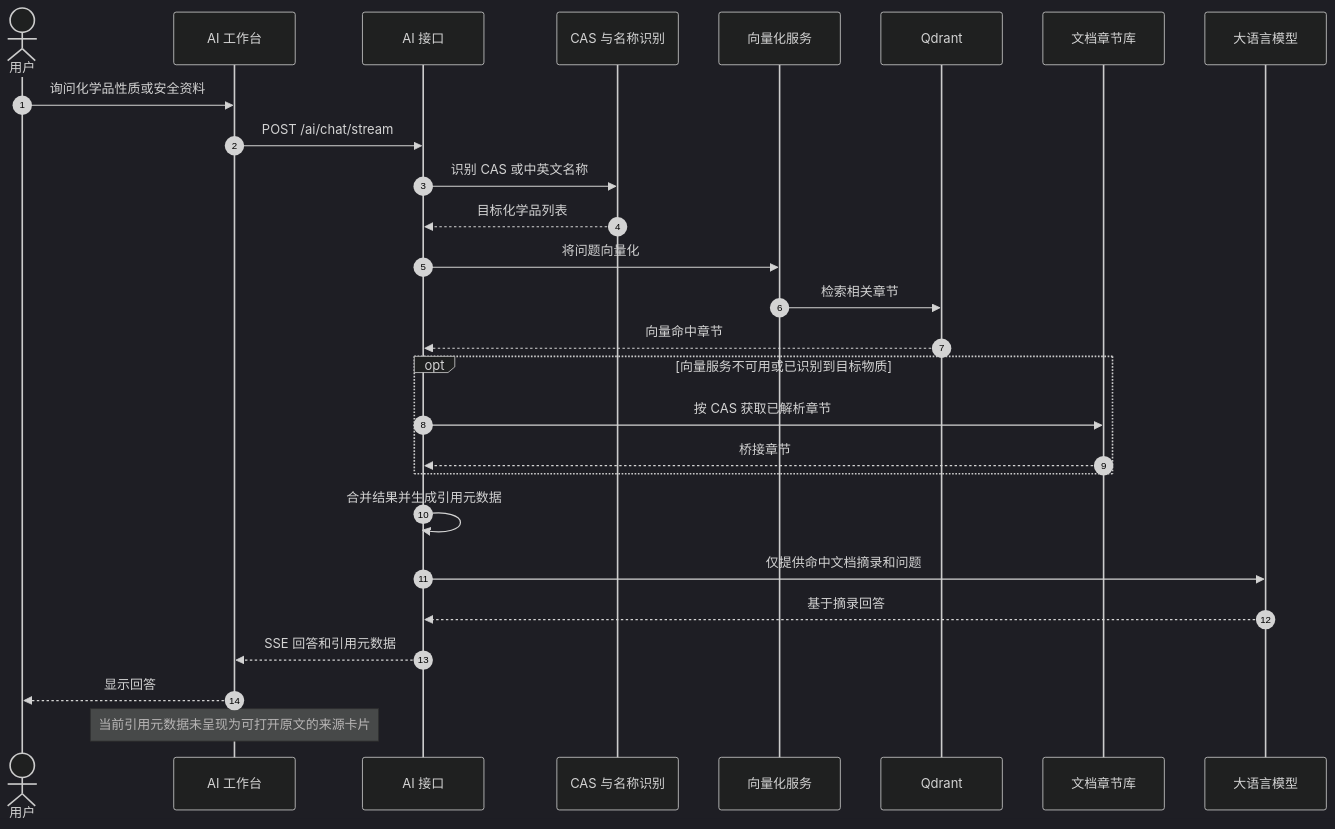
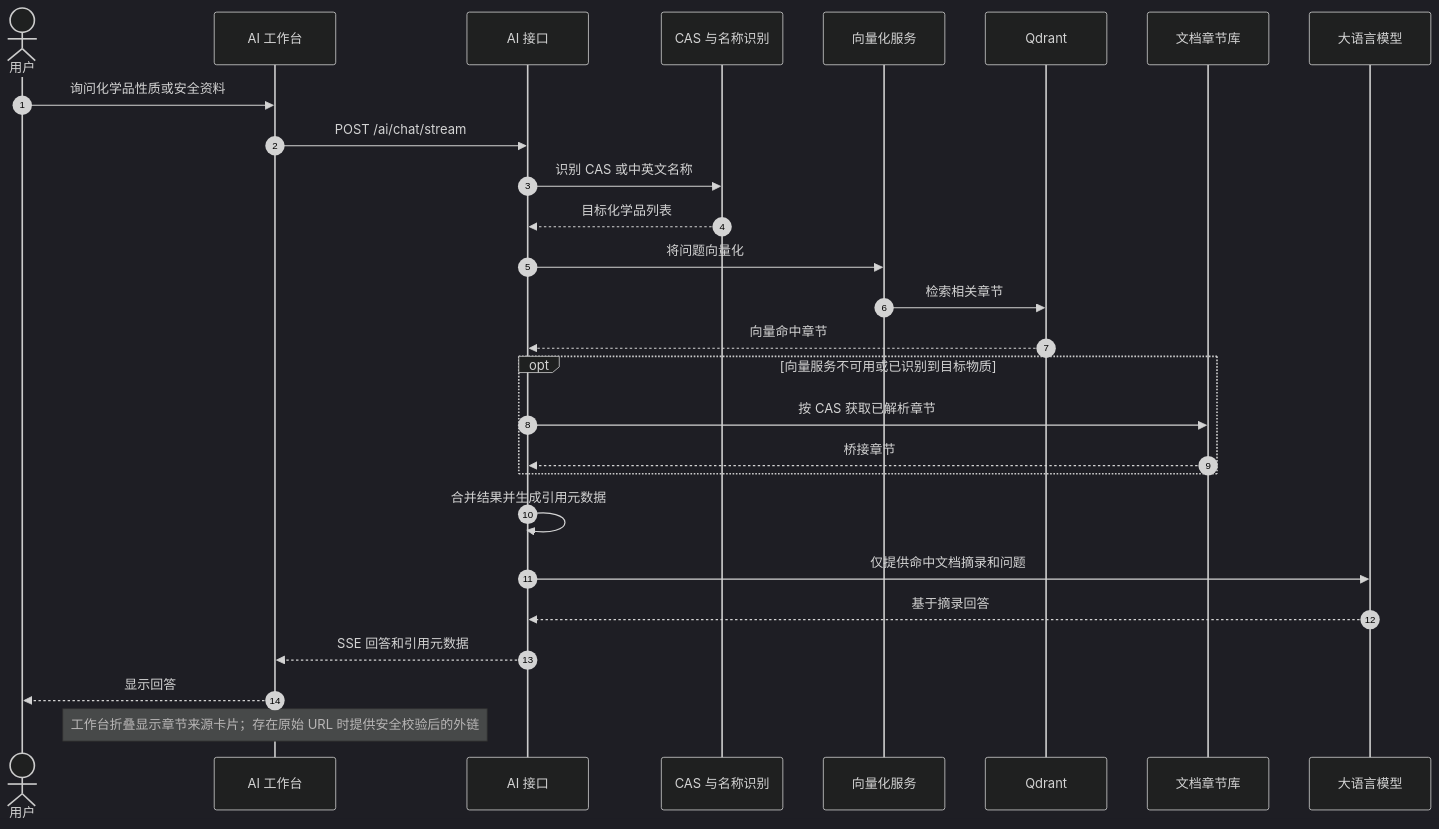
The third of 4 diagrams in docs/业务数据与AI联动路线图.md (jialexiao341-glitch/chemical-ops), drawn with Mermaid (dark theme) before and after one commit. The commit also changed other lines of this file and 2 other files, not shown here.

````diff
--- a/docs/业务数据与AI联动路线图.md
+++ b/docs/业务数据与AI联动路线图.md
@@ -132,30 +130,30 @@
 ```mermaid
 sequenceDiagram
     autonumber
     actor User as 用户
     participant UI as AI 工作台
     participant API as AI 接口
     participant Match as CAS 与名称识别
     participant Embed as 向量化服务
     participant Qdrant as Qdrant
     participant MySQL as 文档章节库
     participant LLM as 大语言模型
 
     User->>UI: 询问化学品性质或安全资料
     UI->>API: POST /ai/chat/stream
     API->>Match: 识别 CAS 或中英文名称
     Match-->>API: 目标化学品列表
     API->>Embed: 将问题向量化
     Embed->>Qdrant: 检索相关章节
     Qdrant-->>API: 向量命中章节
     opt 向量服务不可用或已识别到目标物质
         API->>MySQL: 按 CAS 获取已解析章节
         MySQL-->>API: 桥接章节
     end
     API->>API: 合并结果并生成引用元数据
     API->>LLM: 仅提供命中文档摘录和问题
     LLM-->>API: 基于摘录回答
     API-->>UI: SSE 回答和引用元数据
     UI-->>User: 显示回答
-    Note over UI: 当前引用元数据未呈现为可打开原文的来源卡片
+    Note over UI: 工作台折叠显示章节来源卡片；存在原始 URL 时提供安全校验后的外链
 ```
````
